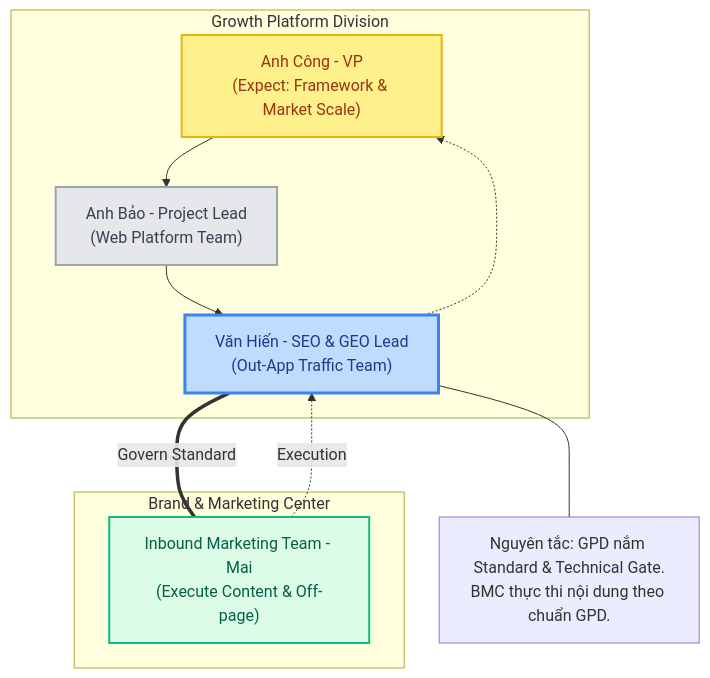
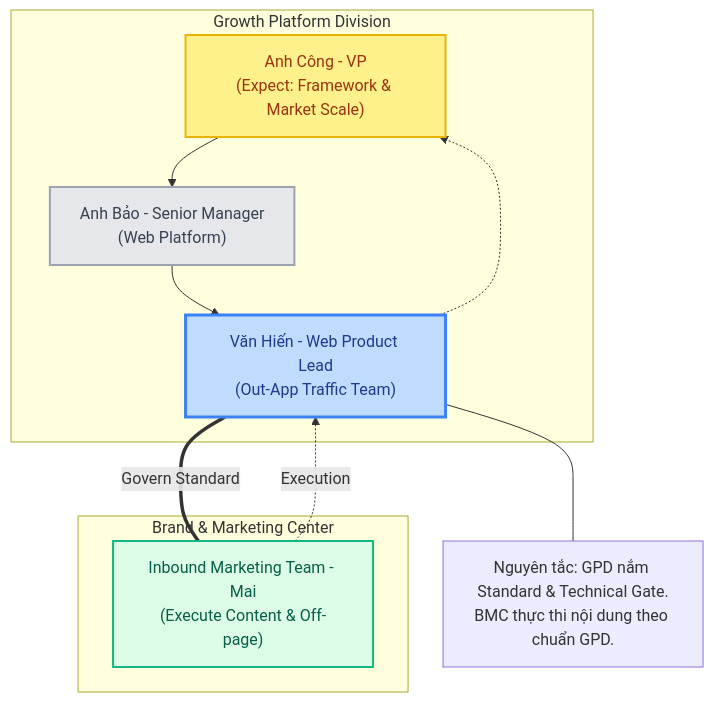
One commit to vanhien26/hienho-knowledgebase changed the first of 2 diagrams in 00_HARNESS_CORE/hienho_master_doc.md. Above: the diagram before and after it, drawn with Mermaid. The commit also changed other lines of this file and 42 other files, not shown here.

````diff
--- a/00_HARNESS_CORE/hienho_master_doc.md
+++ b/00_HARNESS_CORE/hienho_master_doc.md
@@ -196,30 +147,30 @@
 ```mermaid
 flowchart TD
     %% Define styles
     classDef leadership fill:#fef08a,stroke:#eab308,stroke-width:2px,color:#9a3412
     classDef hien fill:#bfdbfe,stroke:#3b82f6,stroke-width:3px,color:#1e3a8a
     classDef tech fill:#e5e7eb,stroke:#9ca3af,stroke-width:2px,color:#374151
     classDef inbound fill:#dcfce7,stroke:#10b981,stroke-width:2px,color:#065f46
     
     subgraph GPD ["Growth Platform Division"]
         Cong["Anh Công - VP<br/>(Expect: Framework & Market Scale)"]:::leadership
-        Bao["Anh Bảo - Project Lead<br/>(Web Platform Team)"]:::tech
-        Hien["Văn Hiến - SEO & GEO Lead<br/>(Out-App Traffic Team)"]:::hien
+        Bao["Anh Bảo - Senior Manager<br/>(Web Platform)"]:::tech
+        Hien["Văn Hiến - Web Product Lead<br/>(Out-App Traffic Team)"]:::hien
         
         Cong --> Bao
         Bao --> Hien
         Hien -.-> Cong
     end
 
     subgraph BMC ["Brand & Marketing Center"]
         Inbound["Inbound Marketing Team - Mai<br/>(Execute Content & Off-page)"]:::inbound
     end
 
     %% Interactions
     Hien ===|Govern Standard| Inbound
     Inbound -.->|Execution| Hien
     
     %% Note
     note1["Nguyên tắc: GPD nắm Standard & Technical Gate.<br/>BMC thực thi nội dung theo chuẩn GPD."]
     Hien --- note1
 ```
````
